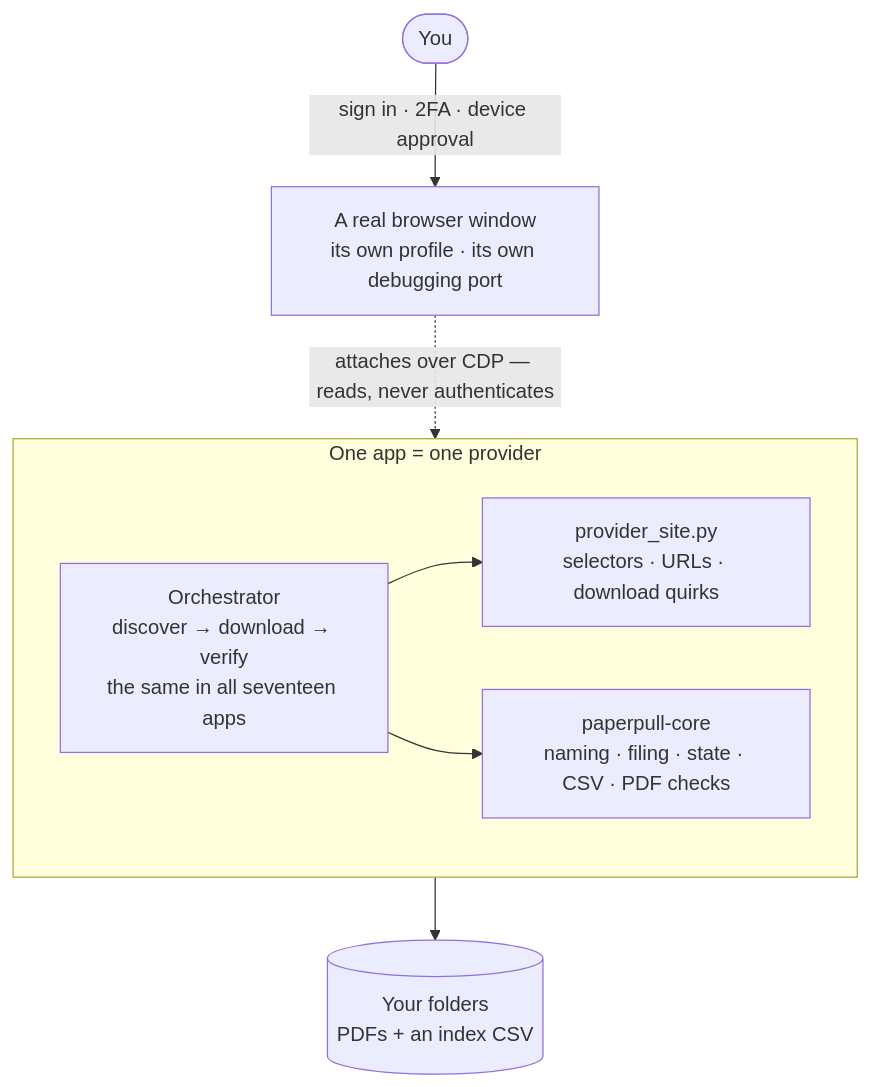
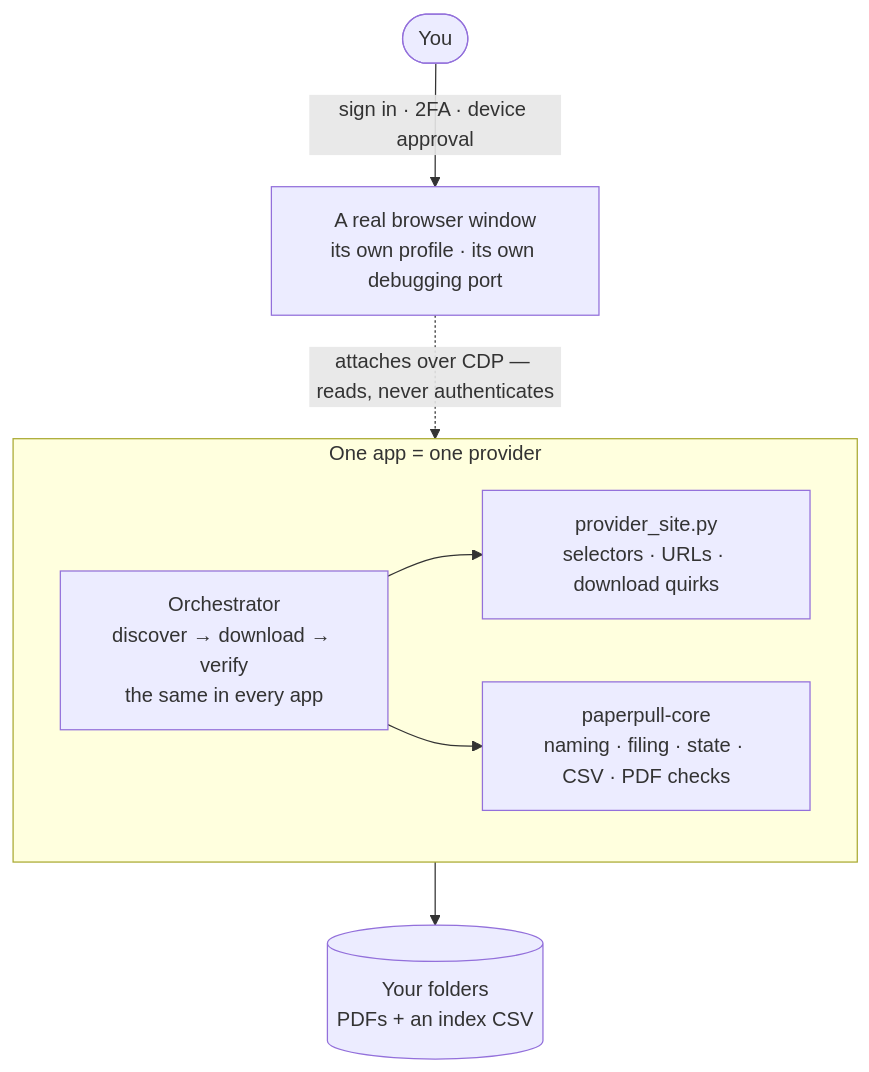
One commit to rheeloaded/paperpull changed the first of 2 diagrams in README.md. Above: the diagram before and after it, drawn with Mermaid. The commit also changed other lines of this file and 1 other file, not shown here.

````diff
--- a/README.md
+++ b/README.md
@@ -61,13 +61,13 @@
 ```mermaid
 flowchart TB
     you(["You"]) -->|"sign in · 2FA · device approval"| br["A real browser window<br/>its own profile · its own debugging port"]
     br -.->|"attaches over CDP — reads, never authenticates"| app
     subgraph app ["One app = one provider"]
-        orch["Orchestrator<br/>discover → download → verify<br/>the same in all seventeen apps"]
+        orch["Orchestrator<br/>discover → download → verify<br/>the same in every app"]
         site["provider_site.py<br/>selectors · URLs · download quirks"]
         core["paperpull-core<br/>naming · filing · state · CSV · PDF checks"]
         orch --> site
         orch --> core
     end
     app --> out[("Your folders<br/>PDFs + an index CSV")]
 ```
````
